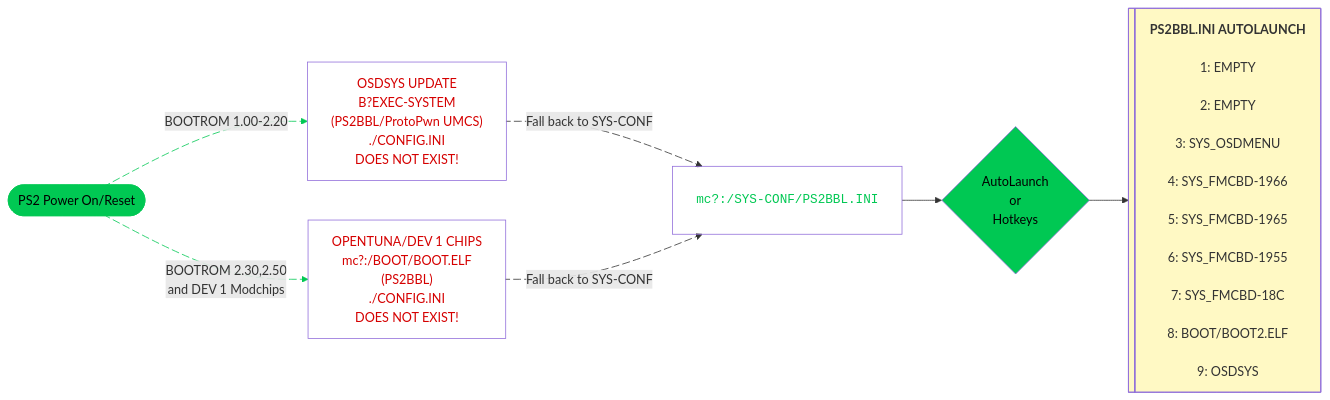
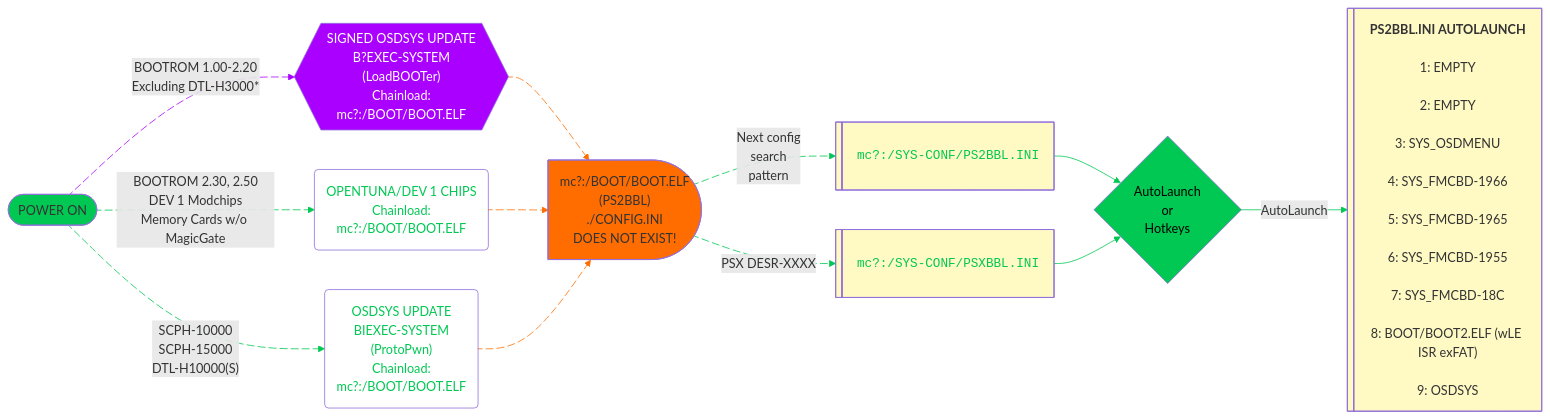
The diagram in docs/exploits/protopwn-mc.md (playerjmr/ps2homebrewstore), drawn with Mermaid before and after one commit. The commit also changed other lines of this file and 16 other files, not shown here.

Commit message:
Update all tutorials for OSDMenu configurator and PS2BBL

````diff
--- a/docs/exploits/protopwn-mc.md
+++ b/docs/exploits/protopwn-mc.md
@@ -94,35 +144,61 @@
 ```mermaid
 ---
 config:
   theme: mc
   layout: elk.forced
   look: classic
 ---
 graph LR
-    A(["PS2 Power On/Reset"]) L_A_B_0@-- "BOOTROM 1.00-2.20" --> B["OSDSYS UPDATE<br>B?EXEC-SYSTEM<br>(PS2BBL/ProtoPwn UMCS)<br>./CONFIG.INI <br>DOES NOT EXIST!"]
-    A L_A_n1_0@-- "BOOTROM 2.30,2.50<br>and DEV 1 Modchips" --> n1["OPENTUNA/DEV 1 CHIPS<br>mc?:/BOOT/BOOT.ELF<br>(PS2BBL)<br>./CONFIG.INI <br>DOES NOT EXIST!"]
-    B L_B_n5_0@-- "Fall back to SYS-CONF" --> n5@{ label: "<pre style=\"font-family:\"><code style=\"font-family:\">mc?:/SYS-CONF/PS2BBL.INI</code></pre>" }
-    n1 L_n1_n5_0@-- "Fall back to SYS-CONF" --> n5
-    n5 --> n6["AutoLaunch<br>or<br>Hotkeys"]
-    n6 --> n7@{ label: "<span style=\"--tw-scale-x:\"><b><span style=\"--tw-scale-x:\">PS2BBL.INI AUTOLAUNCH</span><br style=\"--tw-scale-x:\"></b></span><br style=\"--tw-scale-x:\"><span style=\"background-color:\">1: EMPTY</span><br style=\"--tw-scale-x:\"><br style=\"--tw-scale-x:\"><span style=\"background-color:\">2: EMPTY</span><br style=\"--tw-scale-x:\"><br style=\"--tw-scale-x:\"><span style=\"--tw-scale-x:\">3: SYS_OSDMENU</span><br style=\"--tw-scale-x:\"><br style=\"--tw-scale-x:\"><span style=\"--tw-scale-x:\">4: SYS_FMCBD-1966</span><br style=\"--tw-scale-x:\"><br style=\"--tw-scale-x:\"><span style=\"--tw-scale-x:\">5: SYS_FMCBD-1965</span><br style=\"--tw-scale-x:\"><br style=\"--tw-scale-x:\"><span style=\"--tw-scale-x:\">6: SYS_FMCBD-1955<br style=\"--tw-scale-x:\"></span><br style=\"--tw-scale-x:\"><span style=\"background-color:\">7: SYS_FMCBD-18C</span><br style=\"--tw-scale-x:\"><br style=\"--tw-scale-x:\"><span style=\"--tw-scale-x:\">8: BOOT/BOOT2.ELF<br style=\"--tw-scale-x:\"><br style=\"--tw-scale-x:\">9: OSDSYS</span>" }
-    B@{ shape: rect}
-    n1@{ shape: rect}
-    n5@{ shape: proc}
+    A(["POWER ON"]) L_A_B_0@-- "BOOTROM 1.00-2.20<br>Excluding DTL-H3000*" --> B["SIGNED OSDSYS UPDATE<br>B?EXEC-SYSTEM<br>(LoadBOOTer)<br>Chainload:<br>mc?:/BOOT/BOOT.ELF"]
+    A L_A_n1_0@-- "BOOTROM 2.30, 2.50<br>DEV 1 Modchips<br>Memory Cards w/o MagicGate" --> n1["OPENTUNA/DEV 1 CHIPS<br>Chainload:<br>mc?:/BOOT/BOOT.ELF<br>"]
+    n5@{ label: "<pre style=\"font-family:\"><code style=\"font-family:\">mc?:/SYS-CONF/PS2BBL.INI</code></pre>" } --> n6["AutoLaunch<br>or<br>Hotkeys"]
+    n6 -- AutoLaunch --> n7@{ label: "<span style=\"--tw-scale-x:\"><b><span style=\"--tw-scale-x:\">PS2BBL.INI AUTOLAUNCH</span><br style=\"--tw-scale-x:\"></b></span><br style=\"--tw-scale-x:\"><span style=\"background-color:\">1: EMPTY</span><br style=\"--tw-scale-x:\"><br style=\"--tw-scale-x:\"><span style=\"background-color:\">2: EMPTY</span><br style=\"--tw-scale-x:\"><br style=\"--tw-scale-x:\"><span style=\"--tw-scale-x:\">3: SYS_OSDMENU</span><br style=\"--tw-scale-x:\"><br style=\"--tw-scale-x:\"><span style=\"--tw-scale-x:\">4: SYS_FMCBD-1966</span><br style=\"--tw-scale-x:\"><br style=\"--tw-scale-x:\"><span style=\"--tw-scale-x:\">5: SYS_FMCBD-1965</span><br style=\"--tw-scale-x:\"><br style=\"--tw-scale-x:\"><span style=\"--tw-scale-x:\">6: SYS_FMCBD-1955<br style=\"--tw-scale-x:\"></span><br style=\"--tw-scale-x:\"><span style=\"background-color:\">7: SYS_FMCBD-18C</span><br style=\"--tw-scale-x:\"><br style=\"--tw-scale-x:\"><span style=\"--tw-scale-x:\">8: BOOT/BOOT2.ELF (wLE ISR exFAT)<br style=\"--tw-scale-x:\"><br style=\"--tw-scale-x:\">9: OSDSYS</span>" }
+    B L_B_n8_0@-- <br> --> n8["mc?:/BOOT/BOOT.ELF<br>(PS2BBL)<br>./CONFIG.INI<br>DOES NOT EXIST!"]
+    n1 L_n1_n8_0@-- <br> --> n8
+    n8 L_n8_n5_0@-- Next config<br>search<br>pattern --> n5
+    n10@{ label: "<pre style=\"--tw-scale-x:\"><code style=\"--tw-scale-x:\">mc?:/SYS-CONF/PSXBBL.INI</code></pre>" } --> n6
+    n8 L_n8_n10_0@-- "PSX DESR-XXXX" --> n10
+    A L_A_n11_0@-- "SCPH-10000<br>SCPH-15000<br>DTL-H10000(S)" --> n11["OSDSYS UPDATE<br>BIEXEC-SYSTEM<br>(ProtoPwn)<br>Chainload:<br>mc?:/BOOT/BOOT.ELF"]
+    n11 L_n11_n8_0@--> n8
+
+    B@{ shape: hex}
+    n1@{ shape: event}
+    n5@{ shape: lin-proc}
     n6@{ shape: diam}
     n7@{ shape: lin-proc}
-     A:::Ash
+    n8@{ shape: delay}
+    n10@{ shape: lin-proc}
+    n11@{ shape: event}
     classDef Ash stroke-width:1px, stroke-dasharray:none, stroke:#999999, fill:#EEEEEE, color:#000000
-    style A stroke:#00C853,fill:#00C853,color:none
-    style B color:#D50000,fill:transparent
-    style n1 color:#D50000,fill:transparent
-    style n5 fill:transparent,color:#00C853
+    classDef Sky stroke-width:1px, stroke-dasharray:none, stroke:#374D7C, fill:#E2EBFF, color:#374D7C
+    style A fill:#00C853
+    style B color:#FFFFFF,fill:#AA00FF
+    style n1 color:#00C853,fill:transparent
+    style n5 fill:#FFF9C4,color:#00C853
     style n6 fill:#00C853,color:#000000
     style n7 fill:#FFF9C4
-    linkStyle 0 stroke:#00C853,fill:none
+    style n8 fill:#FF6D00
+    style n10 fill:#FFF9C4,color:#00C853
+    style n11 color:#00C853,fill:transparent
+    linkStyle 0 stroke:#AA00FF,fill:none
     linkStyle 1 stroke:#00C853,fill:none
+    linkStyle 2 stroke:#00C853,fill:none
+    linkStyle 3 stroke:#00C853,fill:none
+    linkStyle 4 stroke:#FF6D00,fill:none
+    linkStyle 5 stroke:#FF6D00,fill:none
+    linkStyle 6 stroke:#00C853,fill:none
+    linkStyle 7 stroke:#00C853,fill:none
+    linkStyle 8 stroke:#00C853
+    linkStyle 9 stroke:#00C853,fill:none
+    linkStyle 10 stroke:#FF6D00,fill:none
+
     L_A_B_0@{ animation: slow } 
     L_A_n1_0@{ animation: slow } 
-    L_B_n5_0@{ animation: slow } 
-    L_n1_n5_0@{ animation: slow }
+    L_B_n8_0@{ animation: slow } 
+    L_n1_n8_0@{ animation: slow } 
+    L_n8_n5_0@{ animation: slow } 
+    L_n8_n10_0@{ animation: slow } 
+    L_A_n11_0@{ animation: slow } 
+    L_n11_n8_0@{ animation: slow }
 
 ```
````
